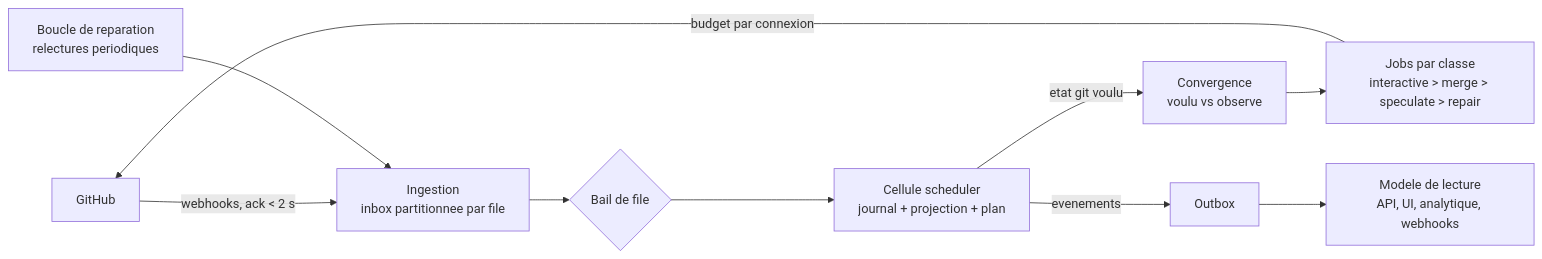
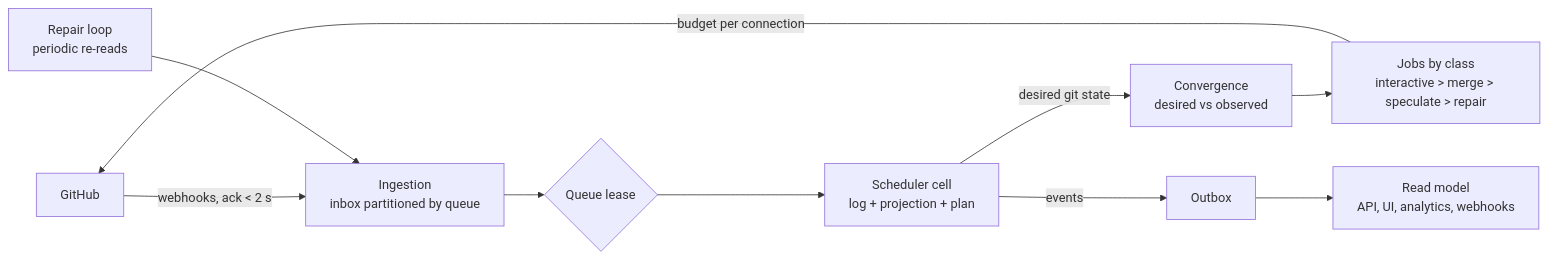
One commit to getcihub/cihub changed the diagram in docs/ARCHITECTURE.md. Above: the diagram before and after it, drawn with Mermaid. The commit also changed other lines of this file and 131 other files, not shown here.

Commit message:
chore: improve agentic flow

````diff
--- a/docs/ARCHITECTURE.md
+++ b/docs/ARCHITECTURE.md
@@ -7,12 +5,12 @@
 ```mermaid
 flowchart LR
-  GH[GitHub] -->|webhooks, ack < 2 s| IN[Ingestion<br/>inbox partitionnee par file]
-  IN --> LEASE{Bail de file}
-  LEASE --> CELL[Cellule scheduler<br/>journal + projection + plan]
-  CELL -->|etat git voulu| DIFF[Convergence<br/>voulu vs observe]
-  DIFF --> JOBS[Jobs par classe<br/>interactive > merge > speculate > repair]
-  JOBS -->|budget par connexion| GH
-  REP[Boucle de reparation<br/>relectures periodiques] --> IN
-  CELL -->|evenements| OUT[Outbox]
-  OUT --> RM[Modele de lecture<br/>API, UI, analytique, webhooks]
+  GH[GitHub] -->|webhooks, ack < 2 s| IN[Ingestion<br/>inbox partitioned by queue]
+  IN --> LEASE{Queue lease}
+  LEASE --> CELL[Scheduler cell<br/>log + projection + plan]
+  CELL -->|desired git state| DIFF[Convergence<br/>desired vs observed]
+  DIFF --> JOBS[Jobs by class<br/>interactive > merge > speculate > repair]
+  JOBS -->|budget per connection| GH
+  REP[Repair loop<br/>periodic re-reads] --> IN
+  CELL -->|events| OUT[Outbox]
+  OUT --> RM[Read model<br/>API, UI, analytics, webhooks]
 ```
````
